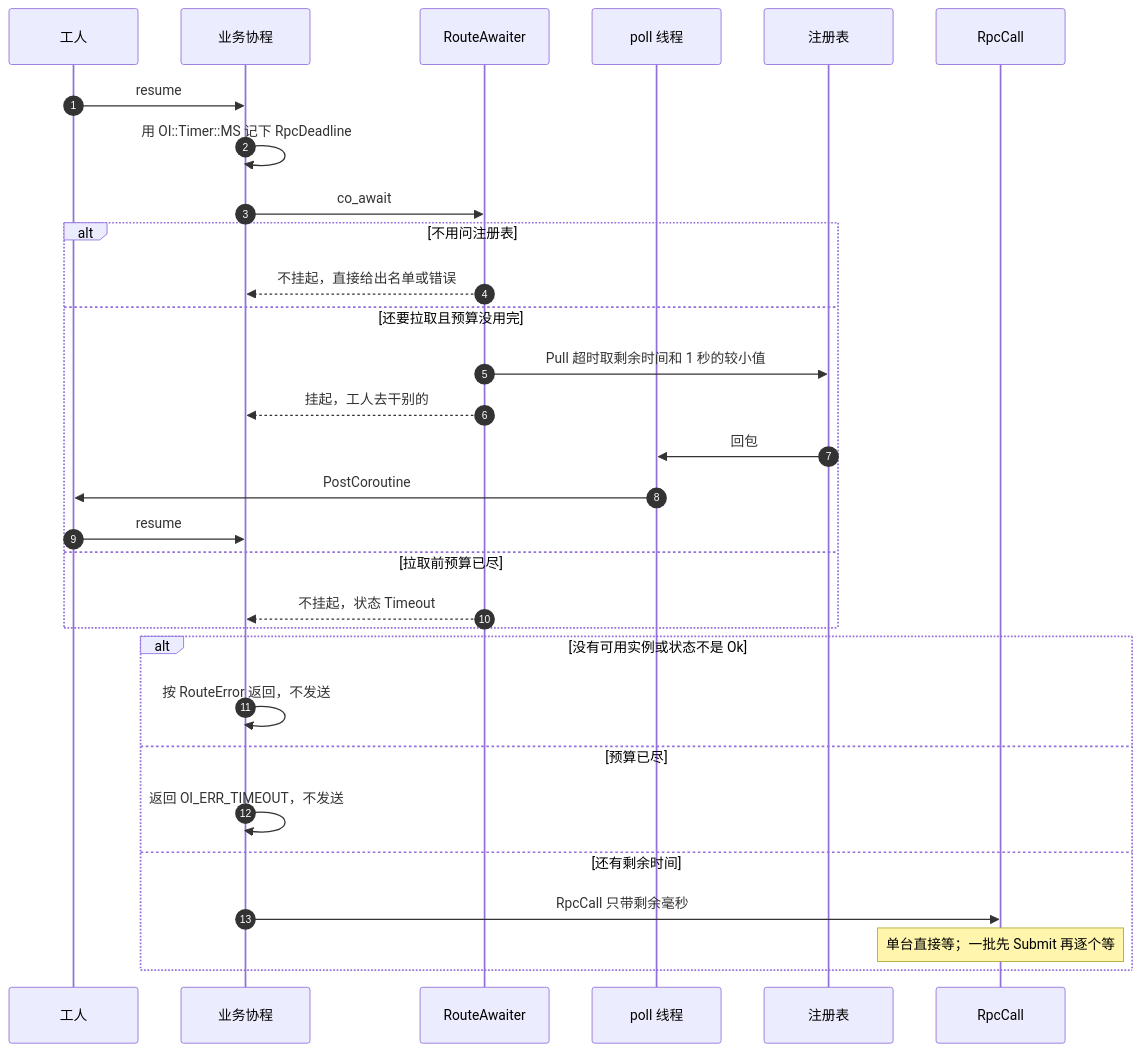
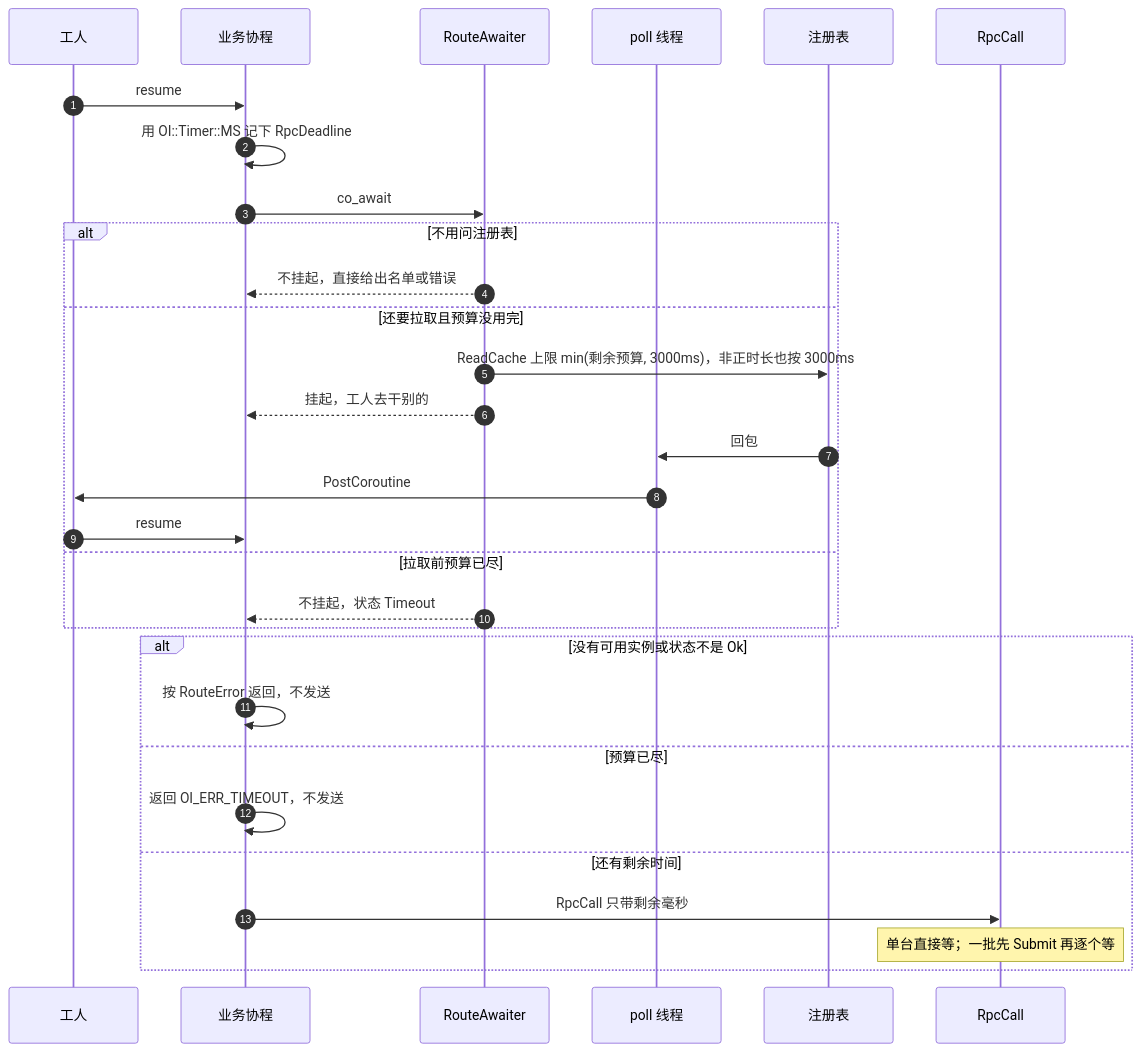
The diagram in docs/sequence-diagram/multi-thread/route.md (orikiaru/openidea), drawn with Mermaid before and after one commit. The commit also changed other lines of this file and 25 other files, not shown here.

````diff
--- a/docs/sequence-diagram/multi-thread/route.md
+++ b/docs/sequence-diagram/multi-thread/route.md
@@ -9,33 +9,33 @@
 ```mermaid
 sequenceDiagram
     autonumber
     participant Worker as 工人
     participant Biz as 业务协程
     participant Route as RouteAwaiter
     participant Poll as poll 线程
     participant Reg as 注册表
     participant Call as RpcCall
 
     Worker->>Biz: resume
     Biz->>Biz: 用 OI::Timer::MS 记下 RpcDeadline
     Biz->>Route: co_await
     alt 不用问注册表
         Route-->>Biz: 不挂起，直接给出名单或错误
     else 还要拉取且预算没用完
-        Route->>Reg: Pull 超时取剩余时间和 1 秒的较小值
+        Route->>Reg: ReadCache 上限 min(剩余预算, 3000ms)，非正时长也按 3000ms
         Route-->>Biz: 挂起，工人去干别的
         Reg->>Poll: 回包
         Poll->>Worker: PostCoroutine
         Worker->>Biz: resume
     else 拉取前预算已尽
         Route-->>Biz: 不挂起，状态 Timeout
     end
     alt 没有可用实例或状态不是 Ok
         Biz->>Biz: 按 RouteError 返回，不发送
     else 预算已尽
         Biz->>Biz: 返回 OI_ERR_TIMEOUT，不发送
     else 还有剩余时间
         Biz->>Call: RpcCall 只带剩余毫秒
         Note over Call: 单台直接等；一批先 Submit 再逐个等
     end
 ```
````
